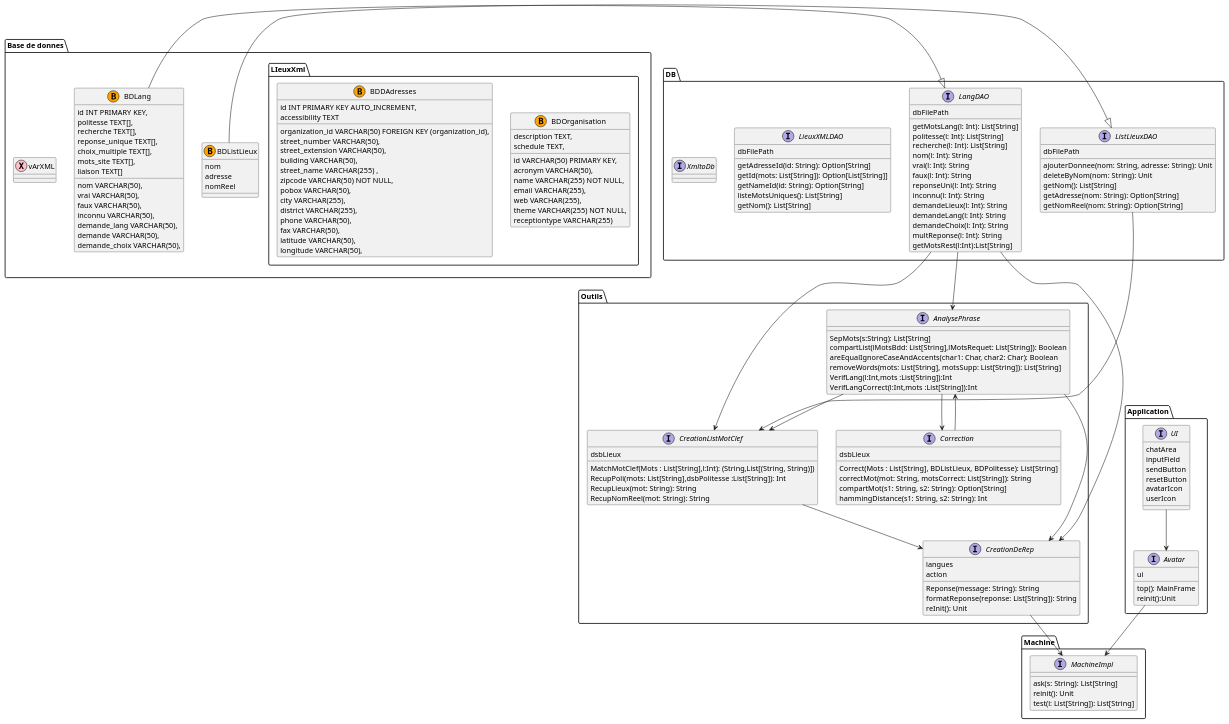
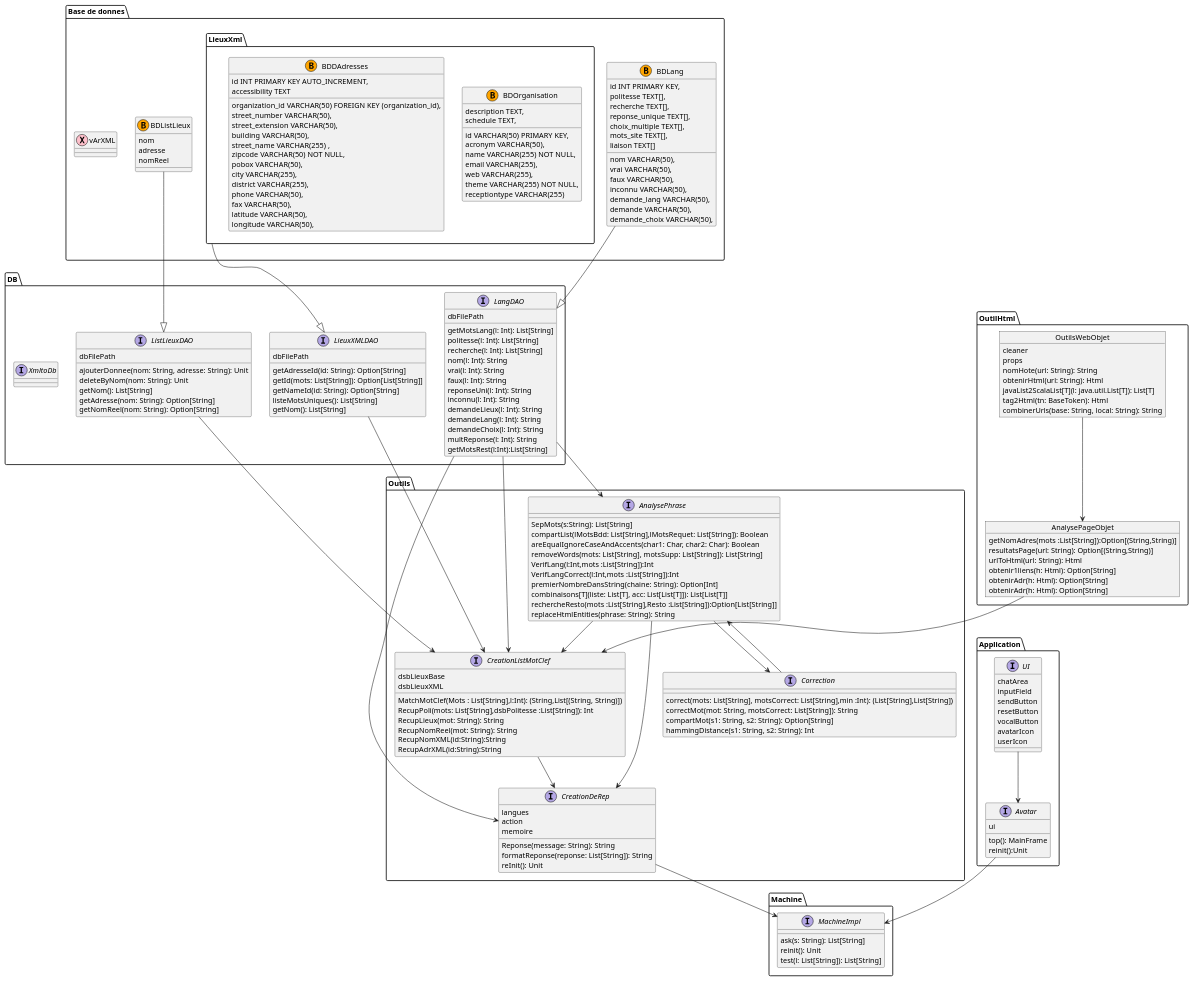
The diagram in docs/diagramme/DiagrammeV3.plantuml (spc-ezual/AvatarProjet), drawn with PlantUML before and after one commit. The commit also changed 5 other files, not shown here.

Commit message:
DiagrammeV3

```diff
--- a/docs/diagramme/DiagrammeV3.plantuml
+++ b/docs/diagramme/DiagrammeV3.plantuml
@@ -13,6 +13,7 @@
         inputField
         sendButton
         resetButton
+        vocalButton
         avatarIcon
         userIcon
     }
@@ -68,33 +69,37 @@
 
 package Outils{
     interface CreationListMotClef{
-        dsbLieux
-
+        dsbLieuxBase
+        dsbLieuxXML
         MatchMotClef(Mots : List[String],l:Int): (String,List[(String, String)])
         RecupPoli(mots: List[String],dsbPolitesse :List[String]): Int
         RecupLieux(mot: String): String
         RecupNomReel(mot: String): String
+        RecupNomXML(id:String):String
+        RecupAdrXML(id:String):String
     }
     interface AnalysePhrase{
-
-
         SepMots(s:String): List[String]
         compartList(lMotsBdd: List[String],lMotsRequet: List[String]): Boolean 
         areEqualIgnoreCaseAndAccents(char1: Char, char2: Char): Boolean
         removeWords(mots: List[String], motsSupp: List[String]): List[String]
         VerifLang(l:Int,mots :List[String]):Int
         VerifLangCorrect(l:Int,mots :List[String]):Int
+        premierNombreDansString(chaine: String): Option[Int]
+        combinaisons[T](liste: List[T], acc: List[List[T]]): List[List[T]]
+        rechercheResto(mots :List[String],Resto :List[String]):Option[List[String]]
+        replaceHtmlEntities(phrase: String): String
     }
     interface CreationDeRep{
         langues
         action
+        memoire
         Reponse(message: String): String
         formatReponse(reponse: List[String]): String
         reInit(): Unit
     }
     interface Correction{
-        dsbLieux
-        Correct(Mots : List[String], BDListLieux, BDPolitesse): List[String]
+        correct(mots: List[String], motsCorrect: List[String],min :Int): (List[String],List[String])
         correctMot(mot: String, motsCorrect: List[String]): String
         compartMot(s1: String, s2: String): Option[String]
         hammingDistance(s1: String, s2: String): Int
@@ -107,7 +112,7 @@
         adresse
         nomReel
     }
-    package LIeuxXml{
+    package LieuxXml{
         class BDOrganisation<<(B,Orange)>>{
             id VARCHAR(50) PRIMARY KEY,
             acronym VARCHAR(50),
@@ -157,6 +162,26 @@
     class vArXML<<(X , Pink)>>
 }
 
+package OutilHtml{
+    object AnalysePageObjet{
+        getNomAdres(mots :List[String]):Option[(String,String)]
+        resultatsPage(url: String): Option[(String,String)] 
+        urlToHtml(url: String): Html
+        obtenir1liens(h: Html): Option[String]
+        obtenirAdr(h: Html): Option[String]
+        obtenirAdr(h: Html): Option[String]
+    }
+    object OutilsWebObjet{
+        cleaner
+        props
+        nomHote(url: String): String
+        obtenirHtml(url: String): Html
+        javaList2ScalaList[T](l: java.util.List[T]): List[T]
+        tag2Html(tn: BaseToken): Html
+        combinerUrls(base: String, local: String): String
+    }
+}
+    
 ListLieuxDAO --> CreationListMotClef
 LangDAO --> CreationListMotClef
 AnalysePhrase --> CreationListMotClef
@@ -166,10 +191,14 @@
 LangDAO --> CreationDeRep
 AnalysePhrase --> CreationDeRep
 CreationListMotClef --> CreationDeRep
-BDLang -|> LangDAO
-BDListLieux-|> ListLieuxDAO
+BDLang --|> LangDAO
+BDListLieux--|> ListLieuxDAO
 Avatar --> MachineImpl
 CreationDeRep --> MachineImpl
 UI --> Avatar
+LieuxXml --|> LieuxXMLDAO
+OutilsWebObjet --> AnalysePageObjet
+AnalysePageObjet --> CreationListMotClef
+LieuxXMLDAO --> CreationListMotClef
 
 @enduml
```
